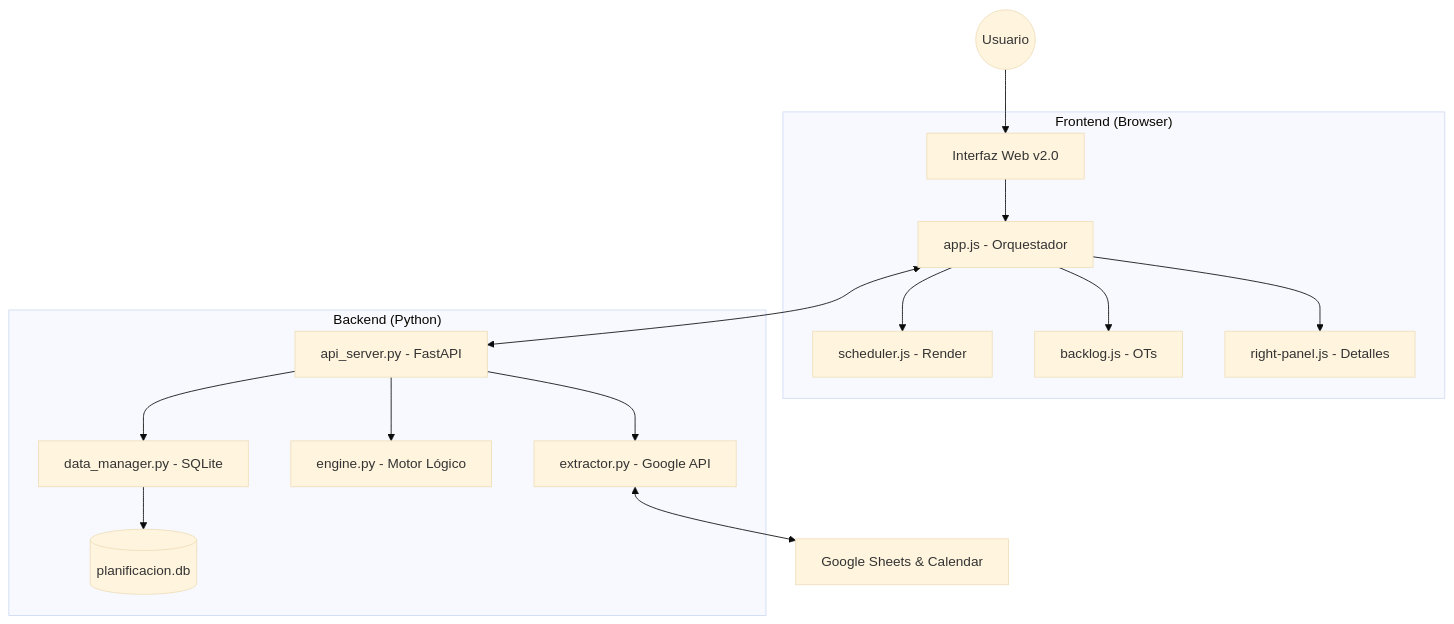
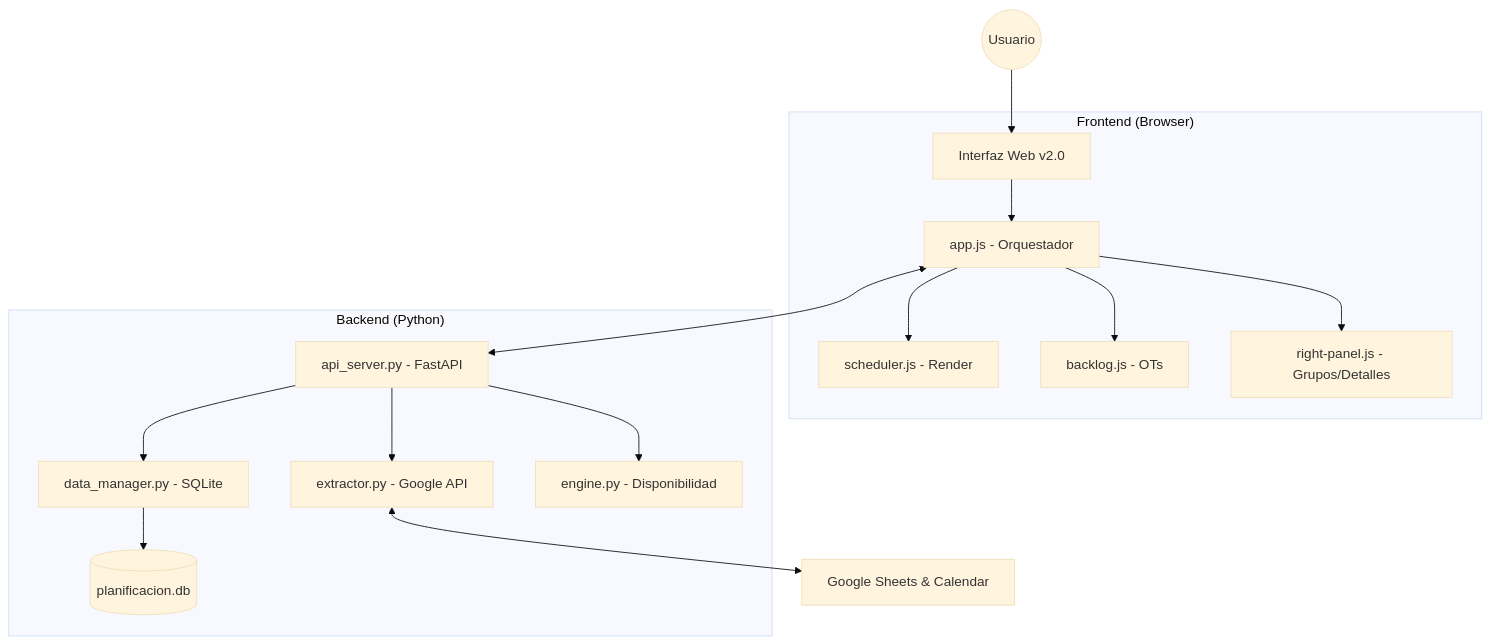
Before and after one commit to nicolasdlacoste-ux/AppPlanificacionTesis: the diagram in docs/project_architecture.md, drawn with Mermaid (base theme). The commit also changed other lines of this file and 203 other files, not shown here.

````diff
--- a/docs/project_architecture.md
+++ b/docs/project_architecture.md
@@ -9,22 +9,22 @@
 ```mermaid
 graph TD
     User((Usuario)) --> UI[Interfaz Web v2.0]
     
     subgraph "Frontend (Browser)"
         UI --> AppJS[app.js - Orquestador]
         AppJS --> Sched[scheduler.js - Render]
         AppJS --> Backlog[backlog.js - OTs]
-        AppJS --> RP[right-panel.js - Detalles]
+        AppJS --> RP[right-panel.js - Grupos/Detalles]
     end
     
     AppJS <--> API[api_server.py - FastAPI]
     
     subgraph "Backend (Python)"
         API --> DM[data_manager.py - SQLite]
-        API --> Engine[engine.py - Motor Lógico]
         API --> Ext[extractor.py - Google API]
+        API --> Engine[engine.py - Disponibilidad]
         DM --> DB[(planificacion.db)]
     end
     
     Ext <--> Google[Google Sheets & Calendar]
 ```
````
